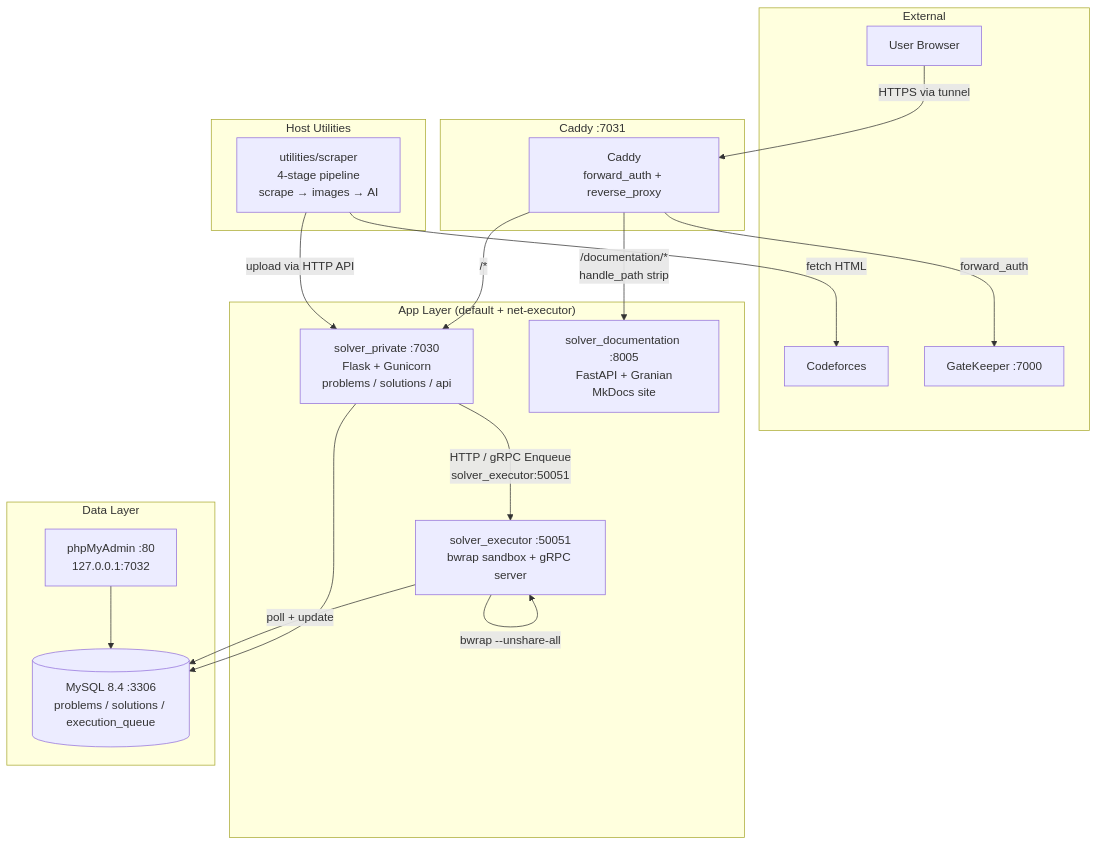
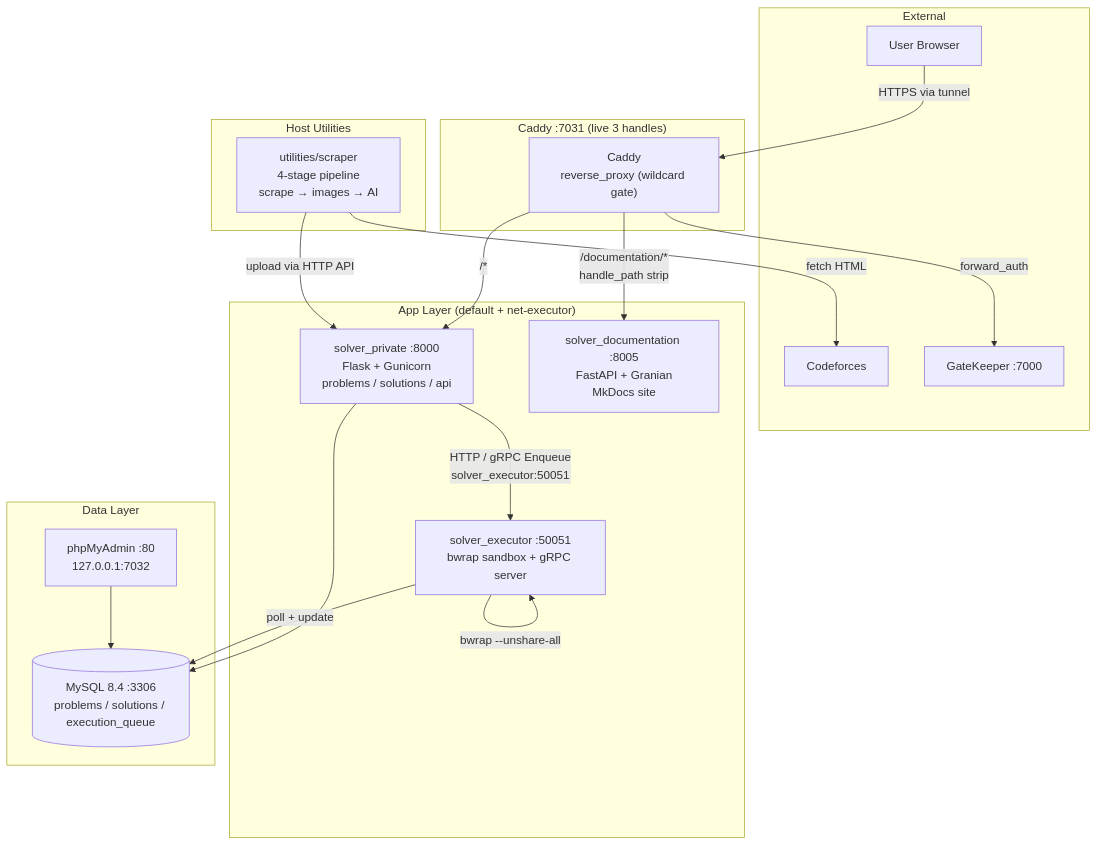
One commit to NovaProtocol/PracticeForge changed the diagram in documentation/docs/index.md. Above: the diagram before and after it, drawn with Mermaid. The commit also changed other lines of this file and 7 other files, not shown here.

Commit message:
docs(solvespace): align ports and wildcard gate to live compose

````diff
--- a/documentation/docs/index.md
+++ b/documentation/docs/index.md
@@ -26,41 +26,41 @@
 ```mermaid
 graph TB
     subgraph "External"
         U["User Browser"]
         CF["Codeforces"]
         GK["GateKeeper :7000"]
     end
 
-    subgraph "Caddy :7031"
-        CADDY["Caddy<br/>forward_auth + reverse_proxy"]
+    subgraph "Caddy :7031 (live 3 handles)"
+        CADDY["Caddy<br/>reverse_proxy (wildcard gate)"]
     end
 
     subgraph "App Layer (default + net-executor)"
-        SOLVER["solver_private :7030<br/>Flask + Gunicorn<br/>problems / solutions / api"]
+        SOLVER["solver_private :8000<br/>Flask + Gunicorn<br/>problems / solutions / api"]
         EXEC["solver_executor :50051<br/>bwrap sandbox + gRPC server"]
         DOCS["solver_documentation :8005<br/>FastAPI + Granian<br/>MkDocs site"]
     end
 
     subgraph "Data Layer"
         DB[("MySQL 8.4 :3306<br/>problems / solutions / execution_queue")]
         PMA["phpMyAdmin :80<br/>127.0.0.1:7032"]
     end
 
     subgraph "Host Utilities"
         SCRAPER["utilities/scraper<br/>4-stage pipeline<br/>scrape → images → AI"]
     end
 
     U -->|"HTTPS via tunnel"| CADDY
     CADDY -->|"forward_auth"| GK
     CADDY -->|"/*"| SOLVER
     CADDY -->|"/documentation/*<br/>handle_path strip"| DOCS
 
     SOLVER -->|"HTTP / gRPC Enqueue<br/>solver_executor:50051"| EXEC
     SOLVER --> DB
     EXEC -->|"poll + update"| DB
     EXEC -->|"bwrap --unshare-all"| EXEC
     PMA --> DB
 
     SCRAPER -->|"upload via HTTP API"| SOLVER
     SCRAPER -->|"fetch HTML"| CF
 ```
````
